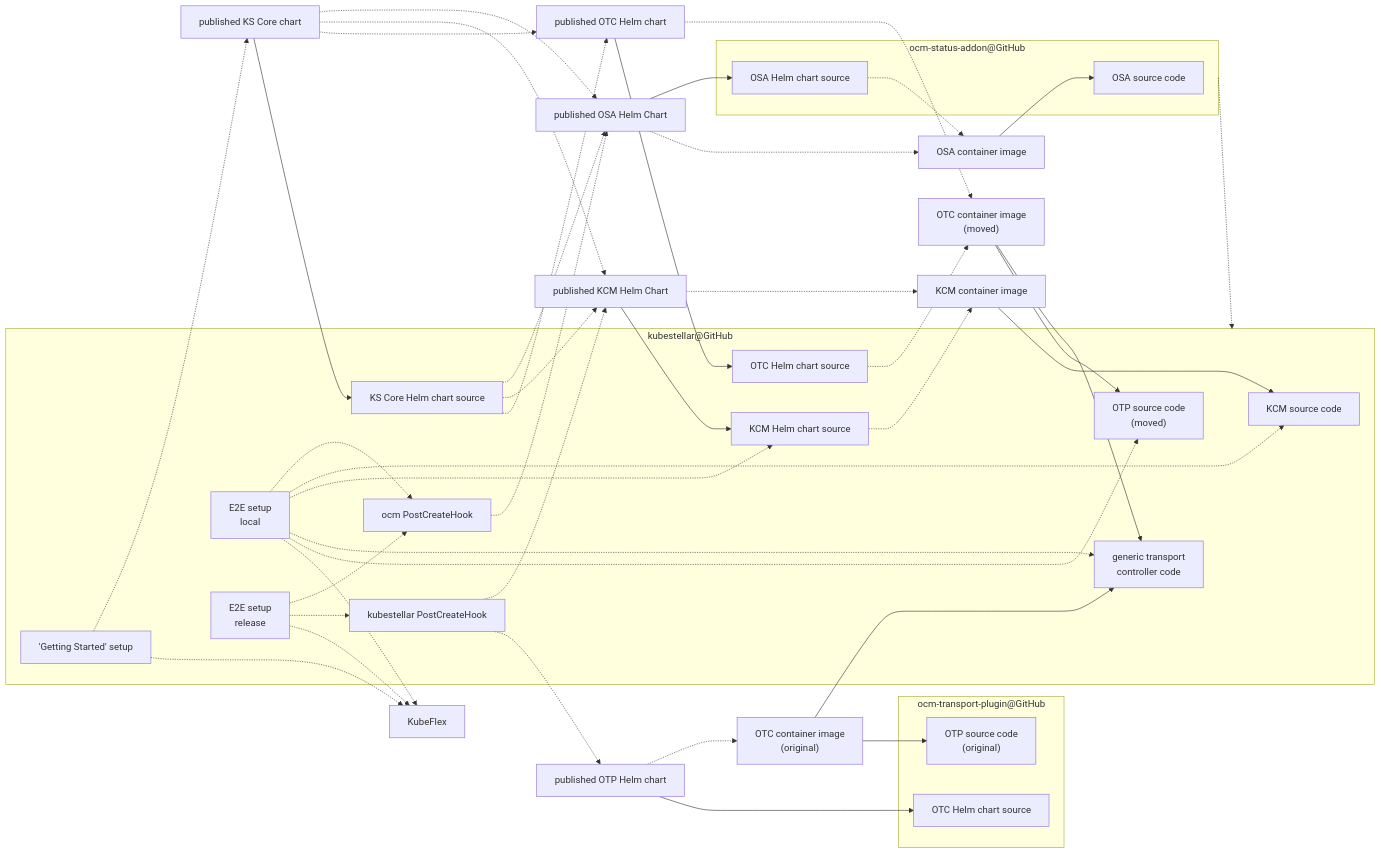
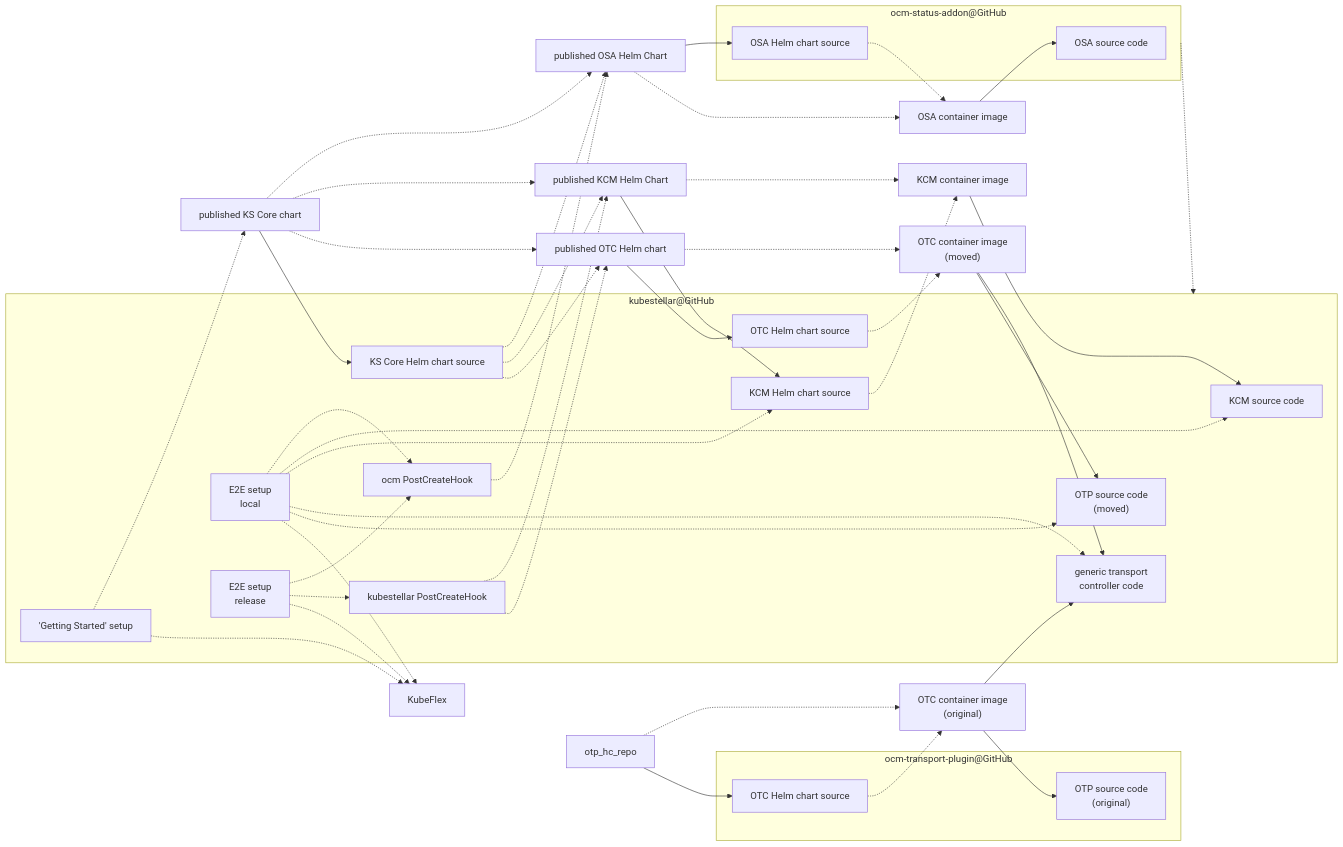
Before and after one commit to kubestellar/kubestellar: the fifth of 5 diagrams in docs/content/direct/packaging.md, drawn with Mermaid. The commit also changed other lines of this file and 2 other files, not shown here.

Commit message:
Swing kubestellar PostCreateHook from external OTP to ks/ks OTC

````diff
--- a/docs/content/direct/packaging.md
+++ b/docs/content/direct/packaging.md
@@ -349,65 +347,65 @@
 ```mermaid
 flowchart LR
     subgraph otp_repo["ocm-transport-plugin@GitHub"]
     otp_code_ur["OTP source code<br>(original)"]
     otp_hc_src[OTC Helm chart source]
     end
     subgraph osa_repo["ocm-status-addon@GitHub"]
     osa_code[OSA source code]
     osa_hc_src[OSA Helm chart source]
     end
     osa_ctr_image[OSA container image] --> osa_code
     osa_hc_repo[published OSA Helm Chart] --> osa_hc_src
     osa_hc_src -.-> osa_ctr_image
     osa_hc_repo -.-> osa_ctr_image
     subgraph ks_repo["kubestellar@GitHub"]
     kcm_code[KCM source code]
     gtc_code["generic transport<br>controller code"]
     otp_code["OTP source code<br>(moved)"]
     kcm_hc_src[KCM Helm chart source]
     otc_hc_src[OTC Helm chart source]
     ksc_hc_src[KS Core Helm chart source]
     ks_pch[kubestellar PostCreateHook]
     ocm_pch["ocm PostCreateHook"]
     setup_ksc["'Getting Started' setup"]
     e2e_local["E2E setup<br>local"]
     e2e_release["E2E setup<br>release"]
     end
     osa_repo -.-> ks_repo
     ocm_pch -.-> osa_hc_repo
     kcm_ctr_image[KCM container image] --> kcm_code
     kcm_hc_repo[published KCM Helm Chart] --> kcm_hc_src
     kcm_hc_src -.-> kcm_ctr_image
     kcm_hc_repo -.-> kcm_ctr_image
     ks_pch -.-> kcm_hc_repo
-    ks_pch -.-> otp_hc_repo[published OTP Helm chart]
+    ks_pch -.-> otc_hc_repo[published OTC Helm chart]
     otc_ctr_image["OTC container image<br>(moved)"]
     otc_ctr_image --> gtc_code
     otc_ctr_image --> otp_code
     otc_hc_src -.-> otc_ctr_image
     otp_hc_repo -.-> otc_ctr_image_ur["OTC container image<br>(original)"]
     otp_hc_repo --> otp_hc_src
+    otp_hc_src -.-> otc_ctr_image_ur
     otc_ctr_image_ur --> gtc_code
     otc_ctr_image_ur --> otp_code_ur
-    otc_hc_repo[published OTC Helm chart]
     otc_hc_repo --> otc_hc_src
     otc_hc_repo -.-> otc_ctr_image
     ksc_hc_repo[published KS Core chart] --> ksc_hc_src
     ksc_hc_src -.-> osa_hc_repo
     ksc_hc_src -.-> kcm_hc_repo
     ksc_hc_src -.-> otc_hc_repo
     ksc_hc_repo -.-> osa_hc_repo
     ksc_hc_repo -.-> kcm_hc_repo
     ksc_hc_repo -.-> otc_hc_repo
     setup_ksc -.-> ksc_hc_repo
     setup_ksc -.-> KubeFlex
     e2e_local -.-> ocm_pch
     e2e_local -.-> kcm_code
     e2e_local -.-> kcm_hc_src
     e2e_local -.-> gtc_code
     e2e_local -.-> otp_code
     e2e_local -.-> KubeFlex
     e2e_release -.-> ocm_pch
     e2e_release -.-> ks_pch
     e2e_release -.-> KubeFlex
 ```
````
